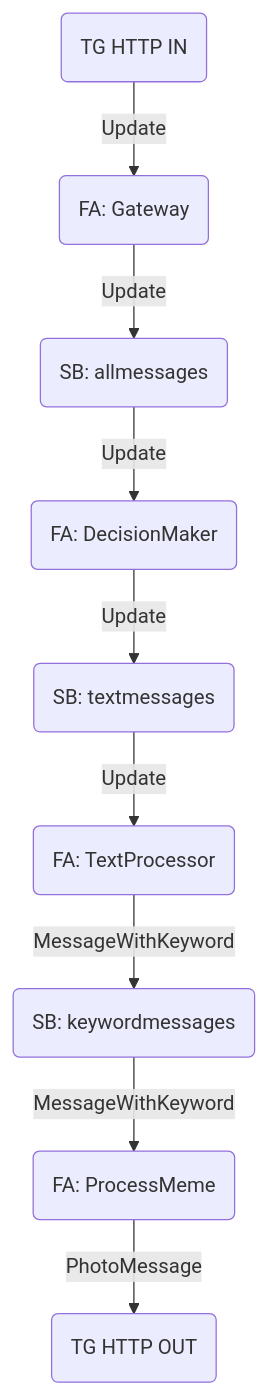
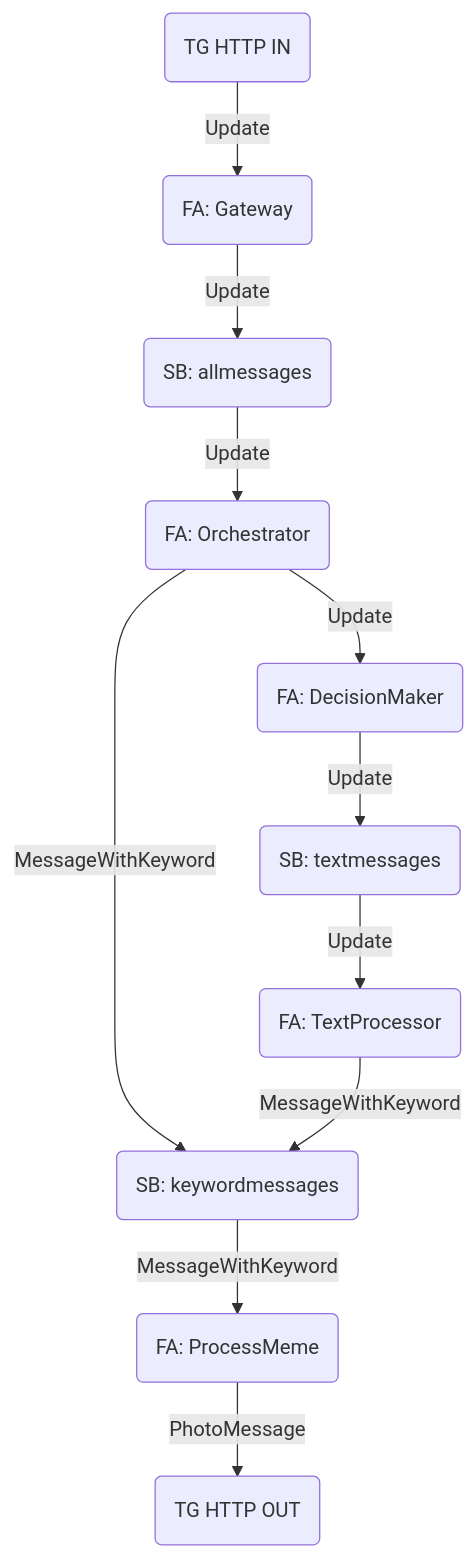
One commit to ArtemKiyashko/memesfinder-infrastructure changed the diagram in README.md. Above: the diagram before and after it, drawn with Mermaid. The commit also changed other lines of this file and 2 other files, not shown here.

Commit message:
update picture in readme

````diff
--- a/README.md
+++ b/README.md
@@ -44,22 +44,25 @@
 ```mermaid
 flowchart TD;
 
 A(TG HTTP IN);
 B(FA: Gateway);
 C(SB: allmessages);
 G(FA: DecisionMaker);
 H(SB: textmessages);
 D(FA: TextProcessor);
 E(SB: keywordmessages);
 F(FA: ProcessMeme);
+I(FA: Orchestrator)
 Z(TG HTTP OUT);
 
 A -- Update --> B
 B -- Update --> C
-C -- Update --> G
+C -- Update --> I
+I -- MessageWithKeyword --> E
+I -- Update --> G
 G -- Update --> H
 H -- Update --> D
 D -- MessageWithKeyword --> E
 E -- MessageWithKeyword --> F
 F -- PhotoMessage --> Z
 ```
````
